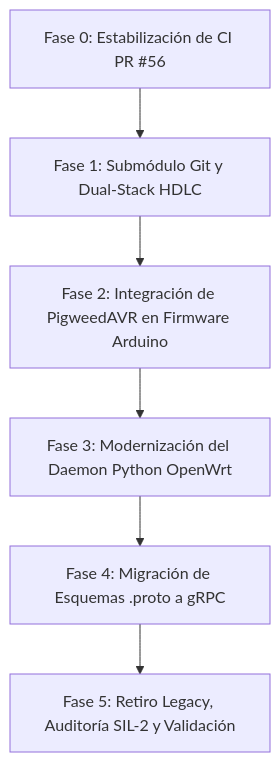
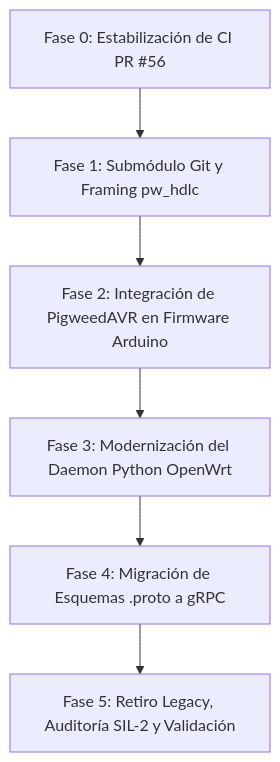
One commit to isantolin/arduino-yun-bridge2 changed the second of 2 diagrams in docs/architecture/pigweed_migration_plan.md. Above: the diagram before and after it, drawn with Mermaid. The commit also changed other lines of this file and 6 other files, not shown here.

````diff
--- a/docs/architecture/pigweed_migration_plan.md
+++ b/docs/architecture/pigweed_migration_plan.md
@@ -96,8 +96,8 @@
 ```mermaid
 flowchart TD
-    P0[Fase 0: Estabilización de CI PR #56] --> P1[Fase 1: Submódulo Git y Dual-Stack HDLC]
+    P0[Fase 0: Estabilización de CI PR #56] --> P1[Fase 1: Submódulo Git y Framing pw_hdlc]
     P1 --> P2[Fase 2: Integración de PigweedAVR en Firmware Arduino]
     P2 --> P3[Fase 3: Modernización del Daemon Python OpenWrt]
     P3 --> P4[Fase 4: Migración de Esquemas .proto a gRPC]
     P4 --> P5[Fase 5: Retiro Legacy, Auditoría SIL-2 y Validación]
 ```
````
